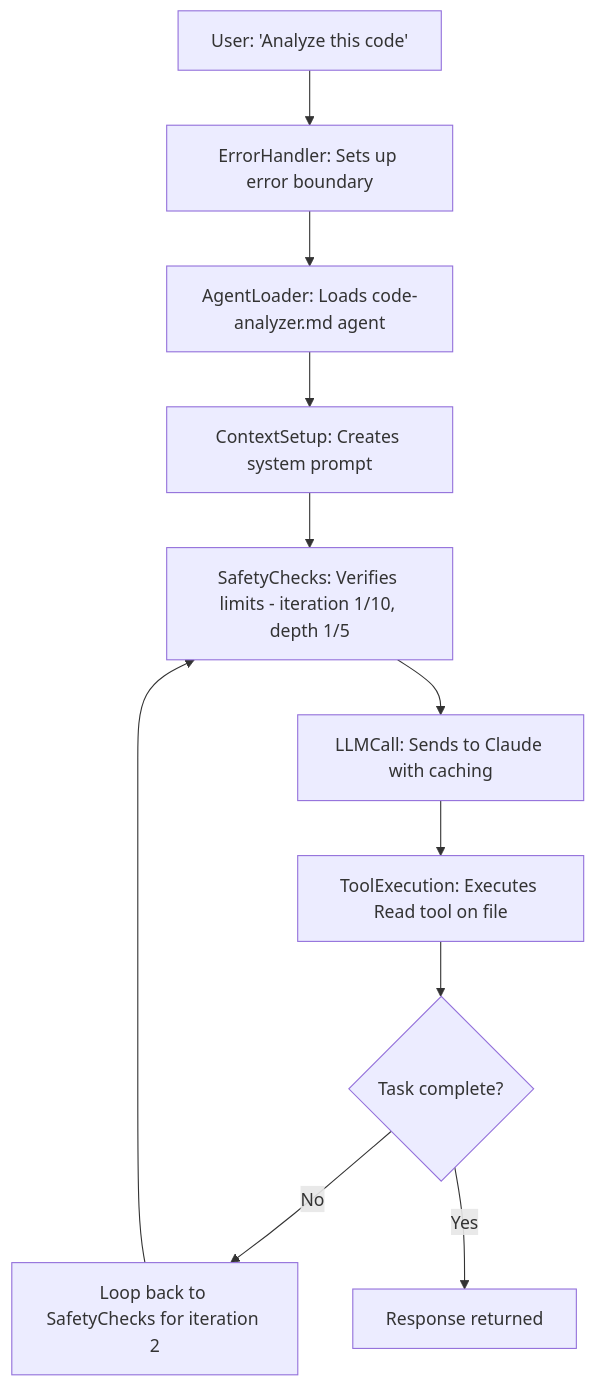
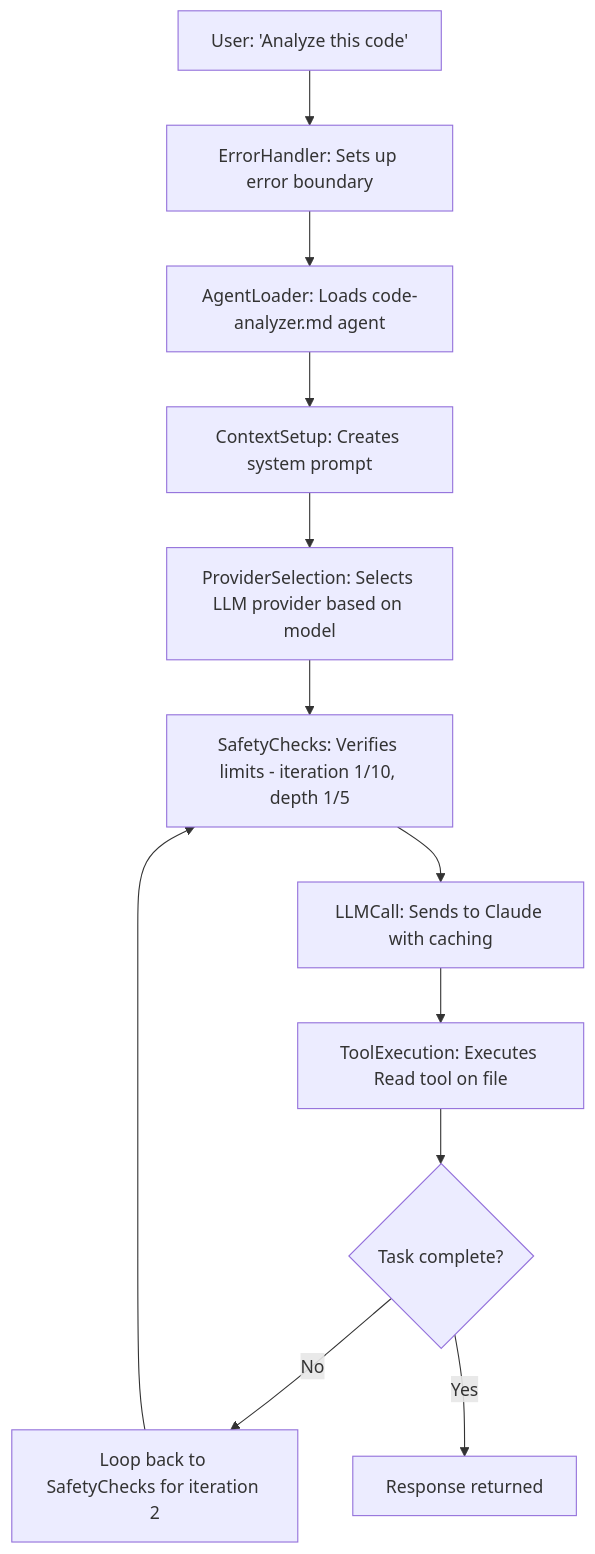
One commit to nielspeter/agent-orchestration-system changed the second of 2 diagrams in docs/middleware-architecture.md. Above: the diagram before and after it, drawn with Mermaid. The commit also changed other lines of this file and 7 other files, not shown here.

````diff
--- a/docs/middleware-architecture.md
+++ b/docs/middleware-architecture.md
@@ -268,13 +298,14 @@
 ```mermaid
 graph TD
     A[User: 'Analyze this code'] --> B[ErrorHandler: Sets up error boundary]
     B --> C[AgentLoader: Loads code-analyzer.md agent]
     C --> D[ContextSetup: Creates system prompt]
-    D --> E[SafetyChecks: Verifies limits - iteration 1/10, depth 1/5]
-    E --> F[LLMCall: Sends to Claude with caching]
-    F --> G[ToolExecution: Executes Read tool on file]
-    G --> H{Task complete?}
-    H -->|No| I[Loop back to SafetyChecks for iteration 2]
-    I --> E
-    H -->|Yes| J[Response returned]
+    D --> E[ProviderSelection: Selects LLM provider based on model]
+    E --> F[SafetyChecks: Verifies limits - iteration 1/10, depth 1/5]
+    F --> G[LLMCall: Sends to Claude with caching]
+    G --> H[ToolExecution: Executes Read tool on file]
+    H --> I{Task complete?}
+    I -->|No| J[Loop back to SafetyChecks for iteration 2]
+    J --> F
+    I -->|Yes| K[Response returned]
 ```
````
